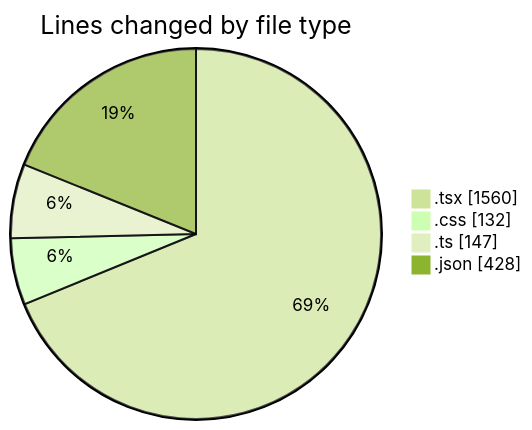
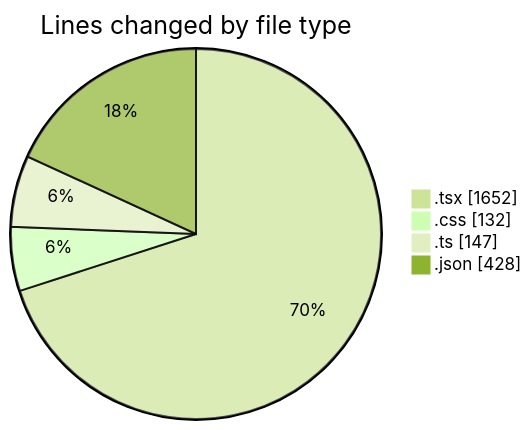
The first of 2 diagrams in 2025-05-06/niten/README.md (Elitesun/code-tracking), drawn with Mermaid (forest theme) before and after one commit. The commit also changed other lines of this file and 1 other file, not shown here.

````diff
--- a/2025-05-06/niten/README.md
+++ b/2025-05-06/niten/README.md
@@ -48,8 +48,8 @@
 ```mermaid
 pie showData
 title Lines changed by file type
-".tsx" : 1560
+".tsx" : 1652
 ".css" : 132
 ".ts" : 147
 ".json" : 428
 ```
````
